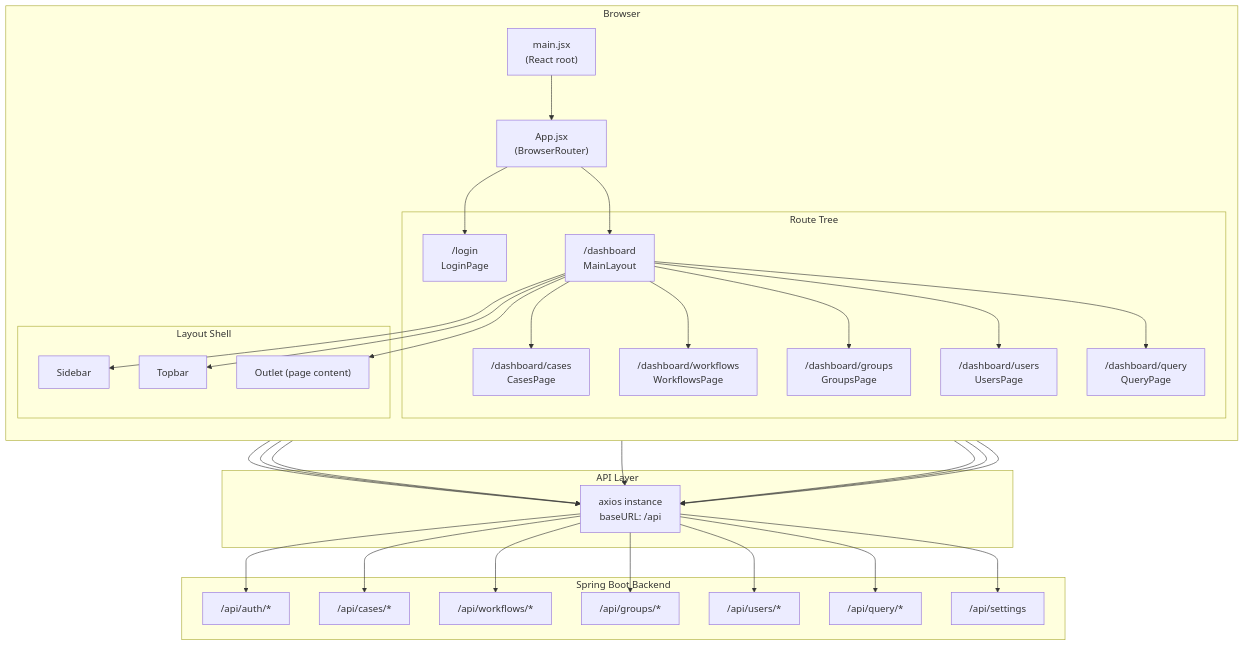
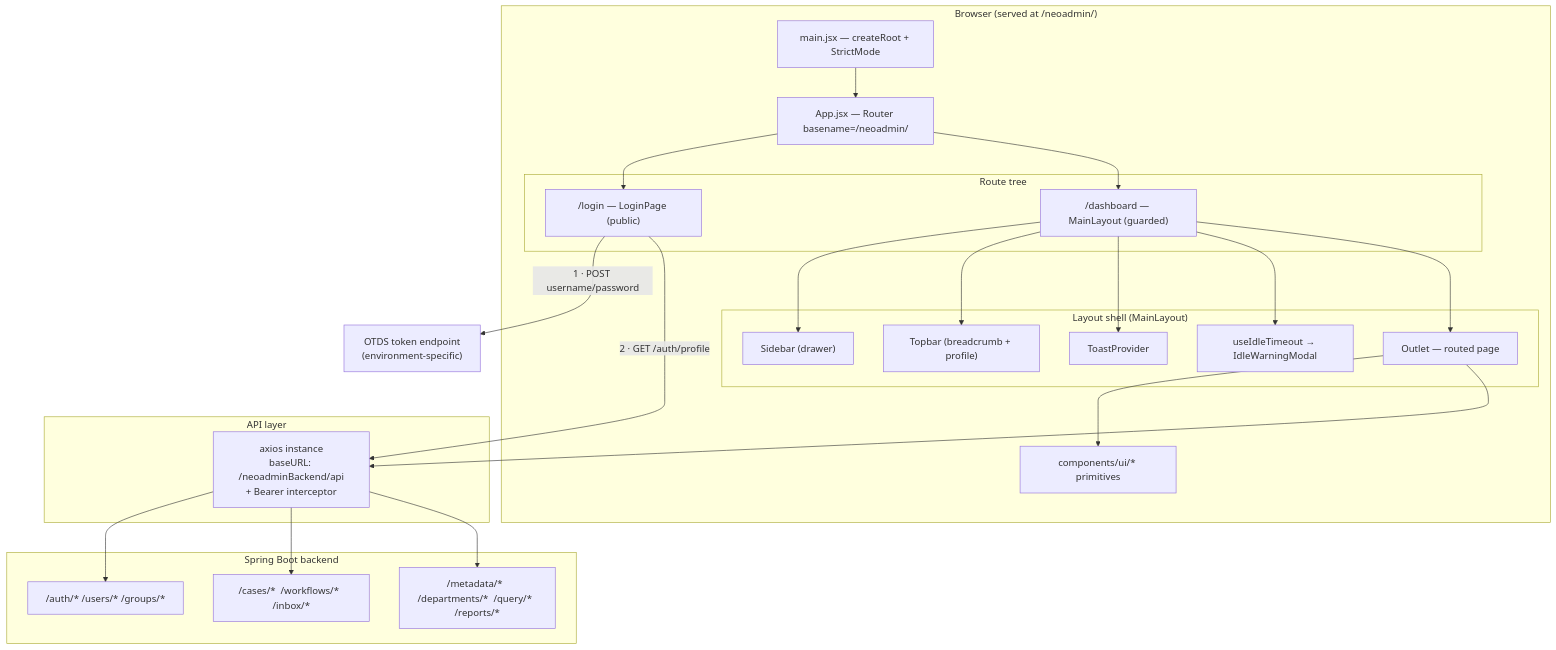
One commit to Ramanjaneyulu-V-V-S/NEO-ADMIN changed the first of 2 diagrams in techdocs/frontend-architecture.md. Above: the diagram before and after it, drawn with Mermaid. The commit also changed other lines of this file and 3 other files, not shown here.

````diff
--- a/techdocs/frontend-architecture.md
+++ b/techdocs/frontend-architecture.md
@@ -23,67 +34,49 @@
 ```mermaid
 flowchart TB
-    subgraph Browser["Browser"]
-        direction TB
-        main["main.jsx\n(React root)"]
-        app["App.jsx\n(BrowserRouter)"]
+    subgraph Browser["Browser  (served at /neoadmin/)"]
+        main["main.jsx — createRoot + StrictMode"]
+        app["App.jsx — Router basename=/neoadmin/"]
         main --> app
 
-        subgraph Routes["Route Tree"]
-            login["/login\nLoginPage"]
-            dashboard["/dashboard\nMainLayout"]
-            cases["/dashboard/cases\nCasesPage"]
-            workflows["/dashboard/workflows\nWorkflowsPage"]
-            groups["/dashboard/groups\nGroupsPage"]
-            users["/dashboard/users\nUsersPage"]
-            queryRoute["/dashboard/query\nQueryPage"]
+        subgraph Routes["Route tree"]
+            login["/login — LoginPage (public)"]
+            dash["/dashboard — MainLayout (guarded)"]
         end
+        app --> login
+        app --> dash
 
-        app --> login
-        app --> dashboard
-        dashboard --> cases
-        dashboard --> workflows
-        dashboard --> groups
-        dashboard --> users
-        dashboard --> queryRoute
+        subgraph Shell["Layout shell (MainLayout)"]
+            sidebar["Sidebar (drawer)"]
+            topbar["Topbar (breadcrumb + profile)"]
+            toast["ToastProvider"]
+            idle["useIdleTimeout → IdleWarningModal"]
+            outlet["Outlet — routed page"]
+        end
+        dash --> sidebar
+        dash --> topbar
+        dash --> toast
+        dash --> idle
+        dash --> outlet
 
-        subgraph Layout["Layout Shell"]
-            sidebar["Sidebar"]
-            topbar["Topbar"]
-            outlet["Outlet (page content)"]
-        end
-
-        dashboard --> sidebar
-        dashboard --> topbar
-        dashboard --> outlet
+        outlet --> ui["components/ui/* primitives"]
     end
 
-    subgraph API["API Layer"]
-        axiosInstance["axios instance\nbaseURL: /api"]
+    subgraph API["API layer"]
+        axiosInstance["axios instance\nbaseURL: /neoadminBackend/api\n+ Bearer interceptor"]
     end
 
-    subgraph Backend["Spring Boot Backend"]
-        authAPI["/api/auth/*"]
-        casesAPI["/api/cases/*"]
-        workflowsAPI["/api/workflows/*"]
-        groupsAPI["/api/groups/*"]
-        usersAPI["/api/users/*"]
-        queryAPI["/api/query/*"]
-        settingsAPI["/api/settings"]
+    otds["OTDS token endpoint\n(environment-specific)"]
+
+    login -->|"1 · POST username/password"| otds
+    login -->|"2 · GET /auth/profile"| axiosInstance
+    outlet --> axiosInstance
+
+    subgraph Backend["Spring Boot backend"]
+        b1["/auth/*  /users/*  /groups/*"]
+        b2["/cases/*  /workflows/*  /inbox/*"]
+        b3["/metadata/*  /departments/*  /query/*  /reports/*"]
     end
-
-    cases --> axiosInstance
-    workflows --> axiosInstance
-    groups --> axiosInstance
-    users --> axiosInstance
-    queryRoute --> axiosInstance
-    login --> axiosInstance
-    topbar --> axiosInstance
-
-    axiosInstance --> authAPI
-    axiosInstance --> casesAPI
-    axiosInstance --> workflowsAPI
-    axiosInstance --> groupsAPI
-    axiosInstance --> usersAPI
-    axiosInstance --> queryAPI
-    axiosInstance --> settingsAPI
+    axiosInstance --> b1
+    axiosInstance --> b2
+    axiosInstance --> b3
 ```
````
